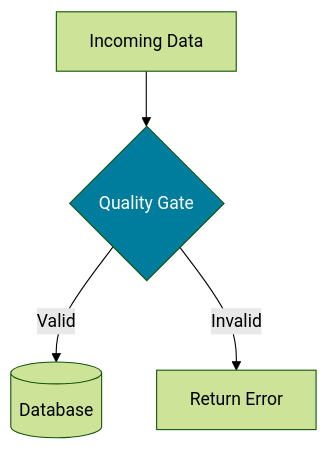
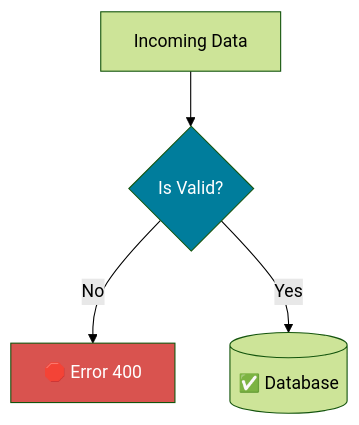
One commit to dake-edu/gopher-shop changed the fourth of 5 diagrams in docs/signals.md. Above: the diagram before and after it, drawn with Mermaid (forest theme). The commit also changed 16 other files, not shown here.

````diff
--- a/docs/signals.md
+++ b/docs/signals.md
@@ -44,7 +44,8 @@
 ```mermaid
 graph TD
-    Data[Incoming Data] --> Gate{Quality Gate}
-    Gate -- Valid --> Warehouse[(Database)]
-    Gate -- Invalid --> Reject[Return Error]
+    Input[Incoming Data] --> Gate{Is Valid?}
+    Gate -- No --> Reject[🛑 Error 400]
+    Gate -- Yes --> Warehouse[(✅ Database)]
     style Gate fill:#007d9c,color:white
+    style Reject fill:#d9534f,color:white
 ```
````
